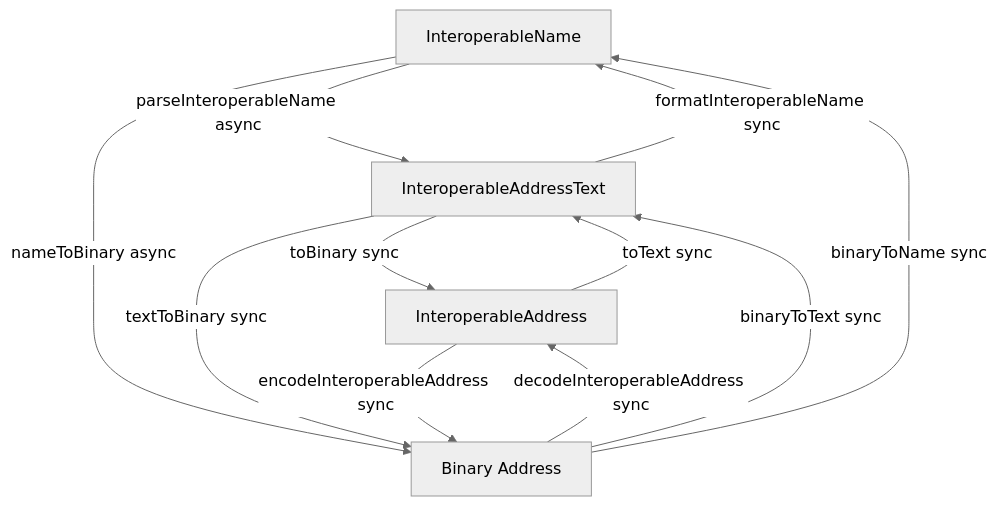
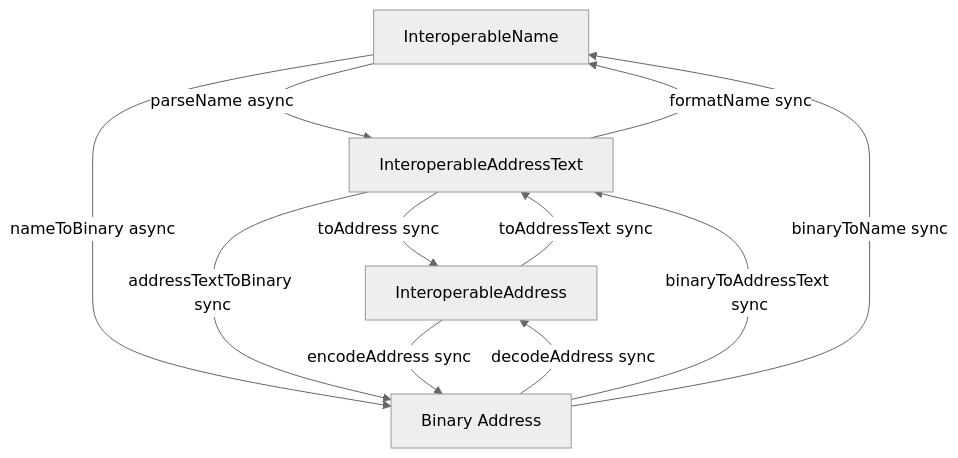
One commit to defi-wonderland/interop-sdk changed the diagram in apps/docs/docs/addresses/getting-started.md. Above: the diagram before and after it, drawn with Mermaid (neutral theme). The commit also changed other lines of this file and 22 other files, not shown here.

````diff
--- a/apps/docs/docs/addresses/getting-started.md
+++ b/apps/docs/docs/addresses/getting-started.md
@@ -123,18 +125,18 @@
 ```mermaid
 graph TD
     A[InteroperableName]
     B[InteroperableAddressText]
     C[InteroperableAddress]
     D[Binary Address]
 
-    A -->|parseInteroperableName async| B
+    A -->|parseName async| B
     A -->|nameToBinary async| D
-    B -->|toBinary sync| C
-    B -->|textToBinary sync| D
-    C -->|encodeInteroperableAddress sync| D
-    C -->|toText sync| B
-    D -->|decodeInteroperableAddress sync| C
-    D -->|binaryToText sync| B
+    B -->|toAddress sync| C
+    B -->|addressTextToBinary sync| D
+    C -->|encodeAddress sync| D
+    C -->|toAddressText sync| B
+    D -->|decodeAddress sync| C
+    D -->|binaryToAddressText sync| B
     D -->|binaryToName sync| A
-    B -->|formatInteroperableName sync| A
+    B -->|formatName sync| A
 ```
````
